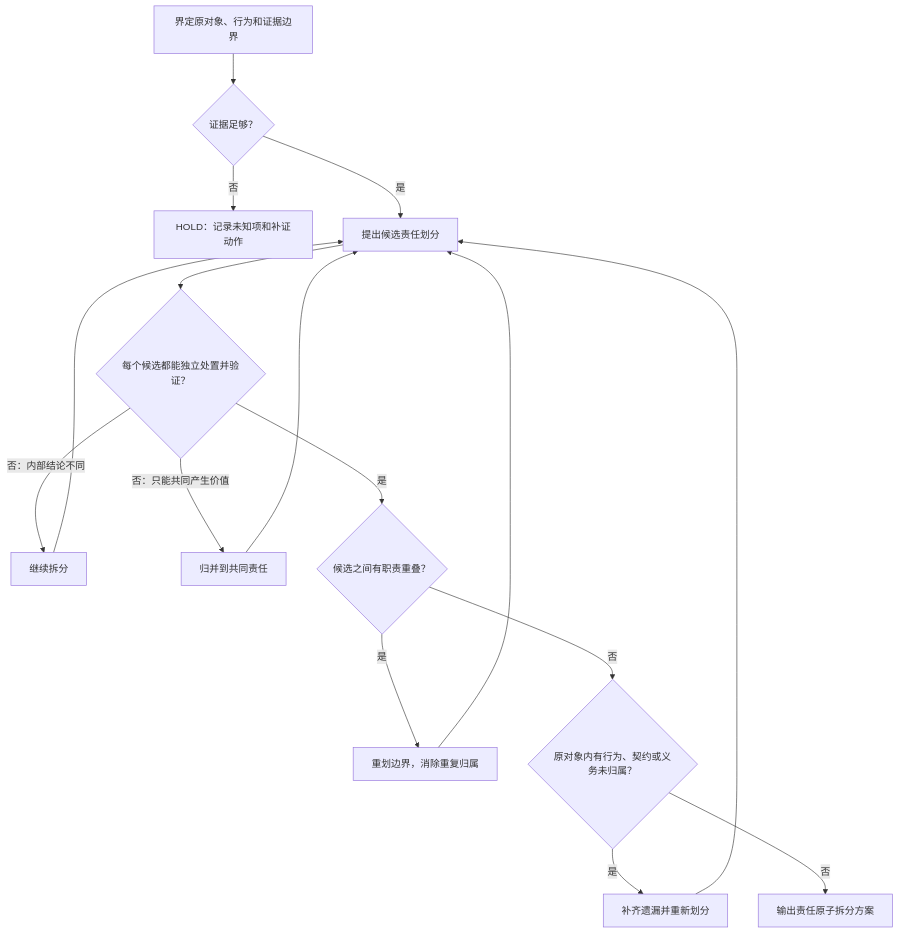
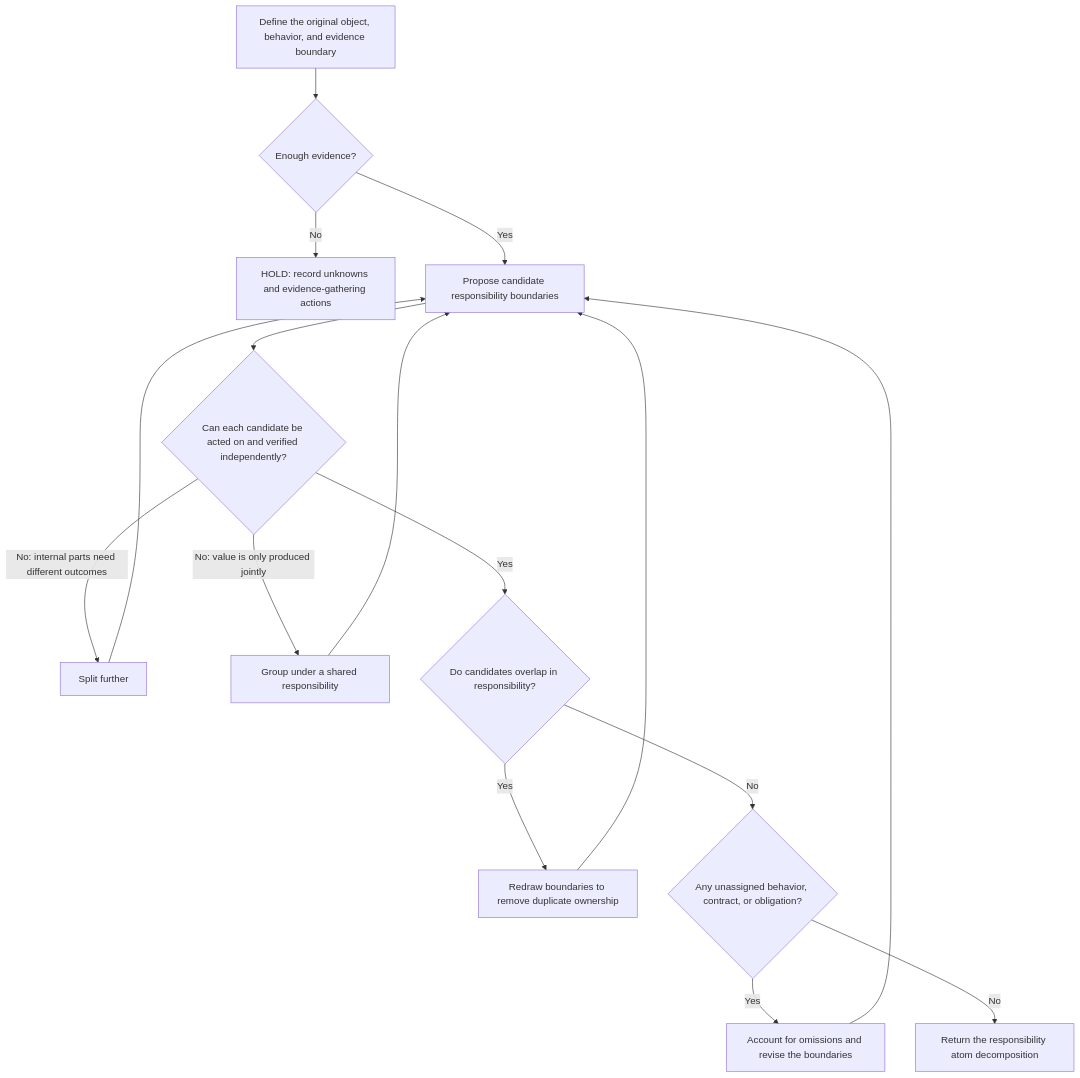
One commit to zhaidewei/da-sao-chu changed the diagram in skills/da-sao-chu/references/responsibility-atom.md. Above: the diagram before and after it, drawn with Mermaid. The commit also changed other lines of this file and 3 other files, not shown here.

````diff
--- a/skills/da-sao-chu/references/responsibility-atom.md
+++ b/skills/da-sao-chu/references/responsibility-atom.md
@@ -15,18 +15,18 @@
 ```mermaid
 flowchart TD
-    A["界定原对象、行为和证据边界"] --> B{"证据足够？"}
-    B -- "否" --> H["HOLD：记录未知项和补证动作"]
-    B -- "是" --> C["提出候选责任划分"]
-    C --> D{"每个候选都能独立处置并验证？"}
-    D -- "否：内部结论不同" --> S["继续拆分"]
-    D -- "否：只能共同产生价值" --> M["归并到共同责任"]
+    A["Define the original object, behavior, and evidence boundary"] --> B{"Enough evidence?"}
+    B -- "No" --> H["HOLD: record unknowns and evidence-gathering actions"]
+    B -- "Yes" --> C["Propose candidate responsibility boundaries"]
+    C --> D{"Can each candidate be acted on and verified independently?"}
+    D -- "No: internal parts need different outcomes" --> S["Split further"]
+    D -- "No: value is only produced jointly" --> M["Group under a shared responsibility"]
     S --> C
     M --> C
-    D -- "是" --> E{"候选之间有职责重叠？"}
-    E -- "是" --> R["重划边界，消除重复归属"]
+    D -- "Yes" --> E{"Do candidates overlap in responsibility?"}
+    E -- "Yes" --> R["Redraw boundaries to remove duplicate ownership"]
     R --> C
-    E -- "否" --> F{"原对象内有行为、契约或义务未归属？"}
-    F -- "是" --> L["补齐遗漏并重新划分"]
+    E -- "No" --> F{"Any unassigned behavior, contract, or obligation?"}
+    F -- "Yes" --> L["Account for omissions and revise the boundaries"]
     L --> C
-    F -- "否" --> K["输出责任原子拆分方案"]
+    F -- "No" --> K["Return the responsibility atom decomposition"]
 ```
````
